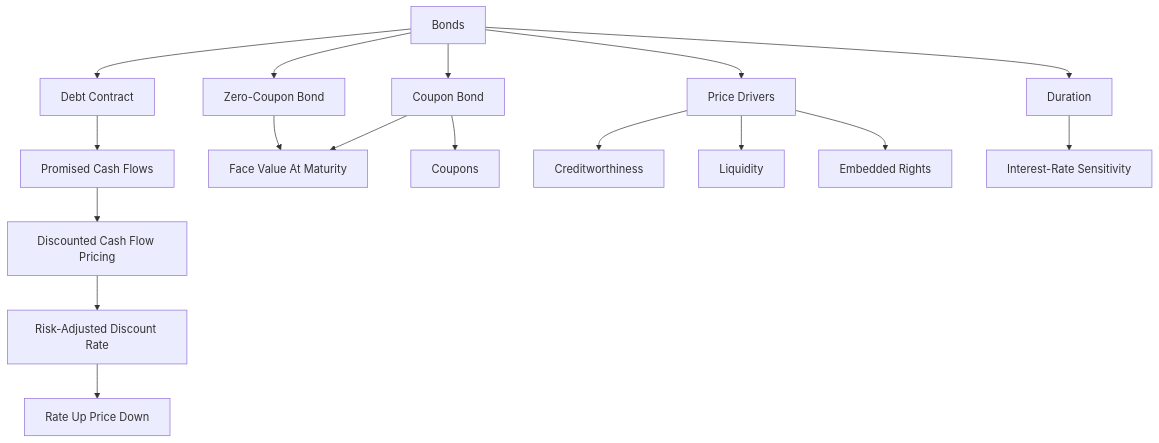
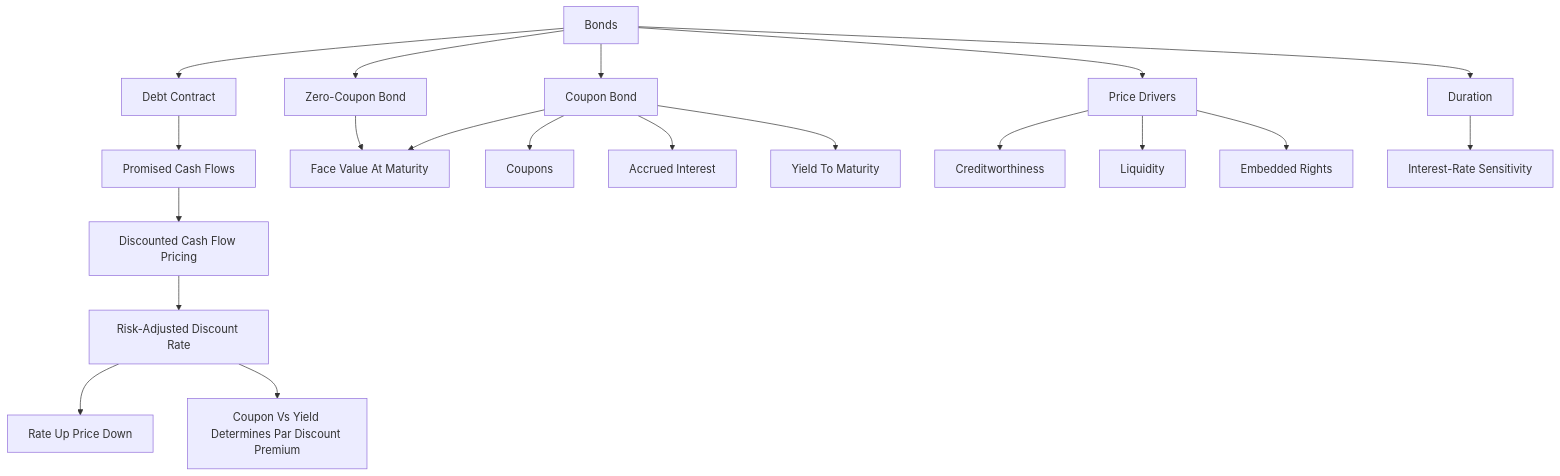
Before and after one commit to aerkn1/TUM-semester-2: the diagram in finance-and-investment-management/wiki/exercise-06-bonds-i/exercise-06-bonds-i.md, drawn with Mermaid. The commit also changed other lines of this file and 30 other files, not shown here.

````diff
--- a/finance-and-investment-management/wiki/exercise-06-bonds-i/exercise-06-bonds-i.md
+++ b/finance-and-investment-management/wiki/exercise-06-bonds-i/exercise-06-bonds-i.md
@@ -195,19 +279,22 @@
 ```mermaid
 graph TD
     BOND[Bonds] --> CONTRACT[Debt Contract]
     CONTRACT --> CF[Promised Cash Flows]
     CF --> PRICE[Discounted Cash Flow Pricing]
     BOND --> ZB[Zero-Coupon Bond]
     BOND --> CB[Coupon Bond]
     ZB --> FACE[Face Value At Maturity]
     CB --> COUPON[Coupons]
     CB --> FACE
+    CB --> ACC[Accrued Interest]
+    CB --> YTM[Yield To Maturity]
     PRICE --> RATE[Risk-Adjusted Discount Rate]
     RATE --> INVERSE[Rate Up Price Down]
+    RATE --> PAR[Coupon Vs Yield Determines Par Discount Premium]
     BOND --> DRIVERS[Price Drivers]
     DRIVERS --> CREDIT[Creditworthiness]
     DRIVERS --> LIQ[Liquidity]
     DRIVERS --> RIGHTS[Embedded Rights]
     BOND --> DURATION[Duration]
     DURATION --> SENS[Interest-Rate Sensitivity]
 ```
````
